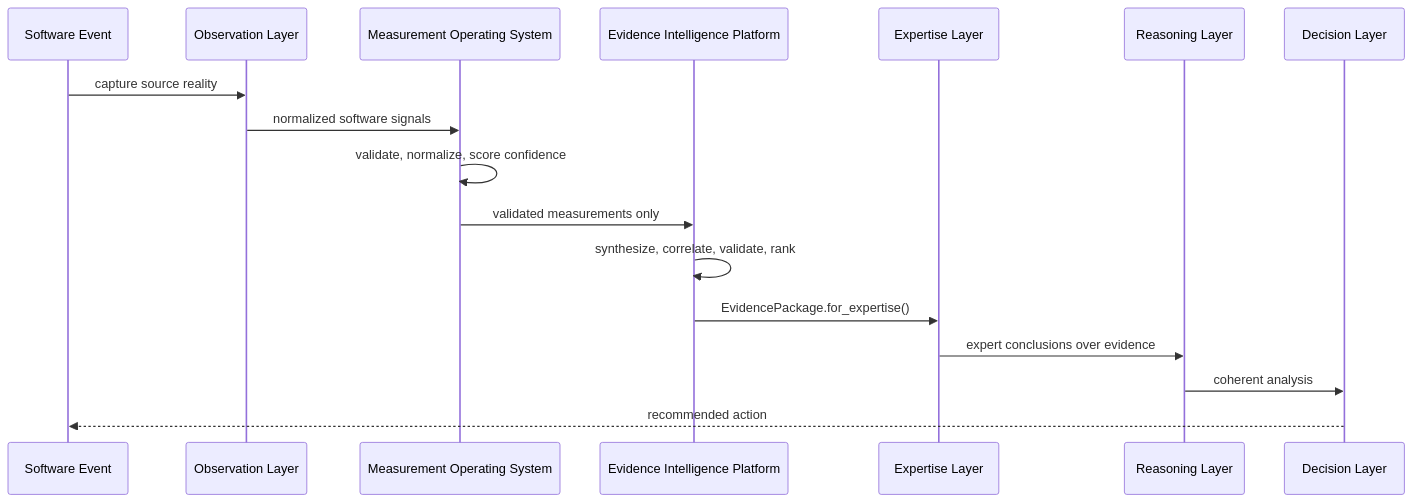
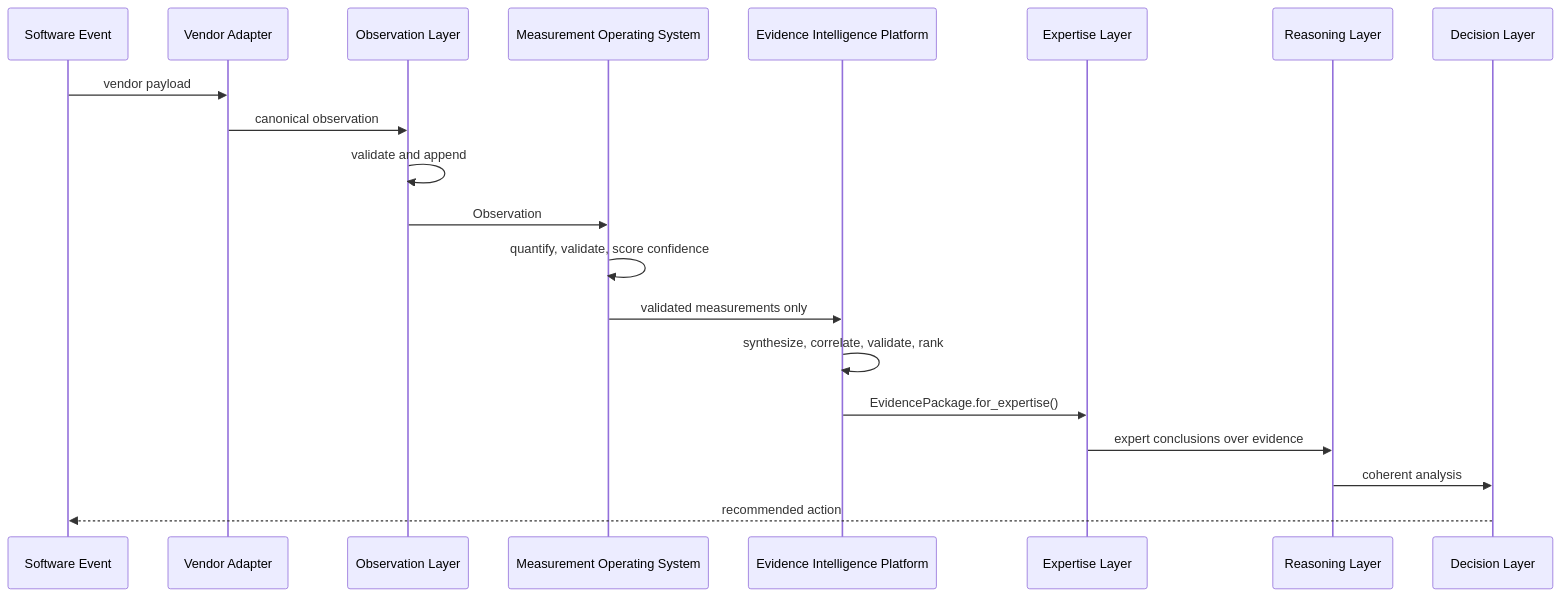
One commit to Nithin-2005-dev/PIA-GH changed the diagram in latent-engine/docs/architecture.md. Above: the diagram before and after it, drawn with Mermaid. The commit also changed other lines of this file and 46 other files, not shown here.

First line of the commit message:
refactor(observation): implement M36 canonical Observation Layer architecture

````diff
--- a/latent-engine/docs/architecture.md
+++ b/latent-engine/docs/architecture.md
@@ -60,20 +66,23 @@
 ```mermaid
 sequenceDiagram
   participant Event as Software Event
+  participant Adapter as Vendor Adapter
   participant Observation as Observation Layer
   participant Measurement as Measurement Operating System
   participant Evidence as Evidence Intelligence Platform
   participant Expertise as Expertise Layer
   participant Reasoning as Reasoning Layer
   participant Decision as Decision Layer
 
-  Event->>Observation: capture source reality
-  Observation->>Measurement: normalized software signals
-  Measurement->>Measurement: validate, normalize, score confidence
+  Event->>Adapter: vendor payload
+  Adapter->>Observation: canonical observation
+  Observation->>Observation: validate and append
+  Observation->>Measurement: Observation
+  Measurement->>Measurement: quantify, validate, score confidence
   Measurement->>Evidence: validated measurements only
   Evidence->>Evidence: synthesize, correlate, validate, rank
   Evidence->>Expertise: EvidencePackage.for_expertise()
   Expertise->>Reasoning: expert conclusions over evidence
   Reasoning->>Decision: coherent analysis
   Decision-->>Event: recommended action
 ```
````
